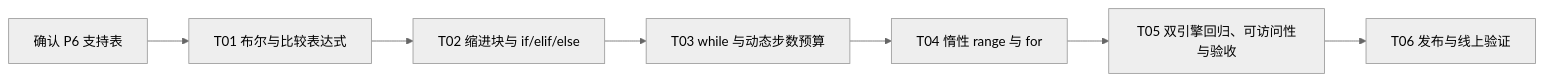
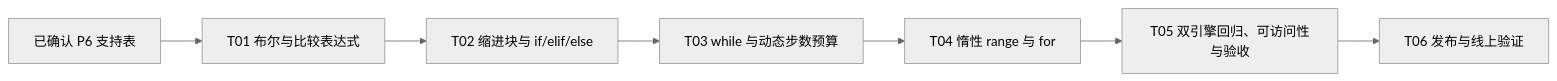
The diagram in apps/python-interpreter-lab/docs/tasks/p06-control-flow.md (wishflow/wishflow-tools), drawn with Mermaid (neutral theme) before and after one commit. The commit also changed other lines of this file and 15 other files, not shown here.

Commit message:
feat: add teaching VM control flow

````diff
--- a/apps/python-interpreter-lab/docs/tasks/p06-control-flow.md
+++ b/apps/python-interpreter-lab/docs/tasks/p06-control-flow.md
@@ -7,9 +7,9 @@
 ```mermaid
 flowchart LR
-    A[确认 P6 支持表] --> T01[T01 布尔与比较表达式]
+    A[已确认 P6 支持表] --> T01[T01 布尔与比较表达式]
     T01 --> T02[T02 缩进块与 if/elif/else]
     T02 --> T03[T03 while 与动态步数预算]
     T03 --> T04[T04 惰性 range 与 for]
     T04 --> T05[T05 双引擎回归、可访问性与验收]
     T05 --> T06[T06 发布与线上验证]
 ```
````
